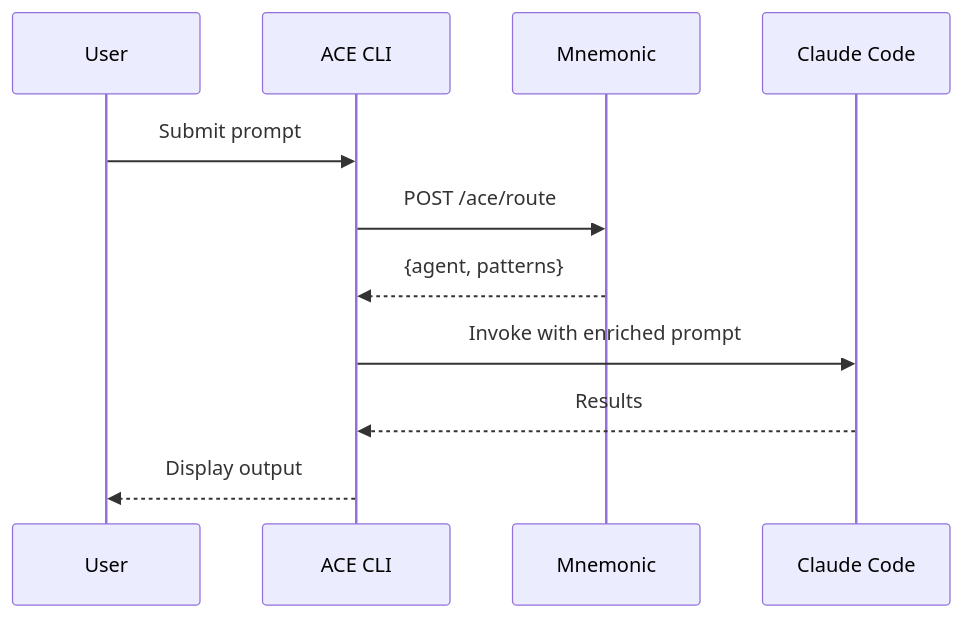
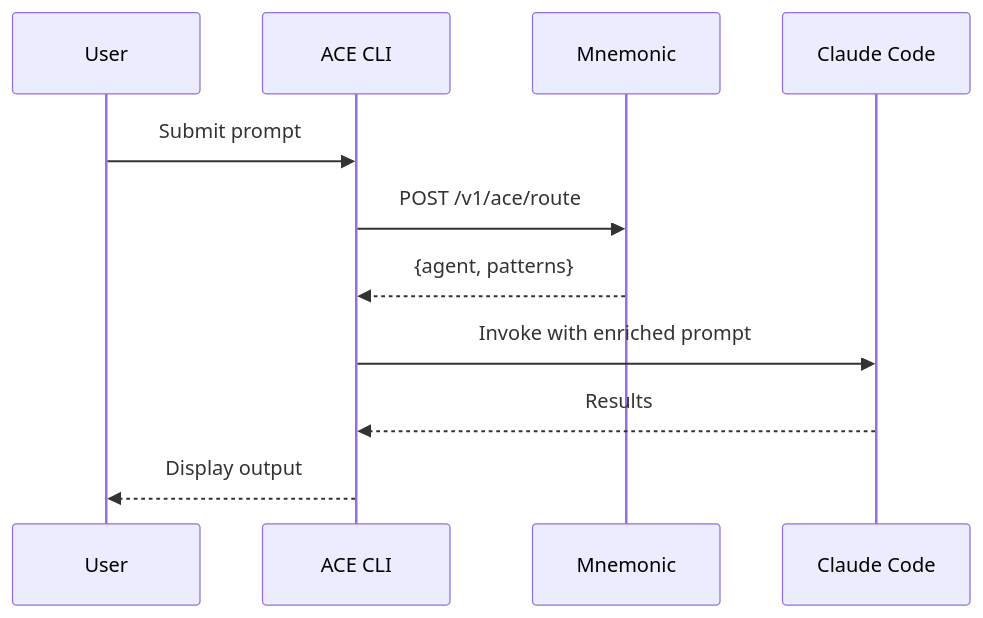
Before and after one commit to twistingmercury/mnemonic-mcp: the second of 2 diagrams in docs/architecture/project-structure.md, drawn with Mermaid. The commit also changed other lines of this file and 14 other files, not shown here.

Commit message:
docs reviewed for consistency. Need to spec out ACE cli

````diff
--- a/docs/architecture/project-structure.md
+++ b/docs/architecture/project-structure.md
@@ -110,14 +110,14 @@
 ```mermaid
 sequenceDiagram
     participant User
     participant CLI as ACE CLI
     participant MN as Mnemonic
     participant CC as Claude Code
 
     User->>CLI: Submit prompt
-    CLI->>MN: POST /ace/route
+    CLI->>MN: POST /v1/ace/route
     MN-->>CLI: {agent, patterns}
     CLI->>CC: Invoke with enriched prompt
     CC-->>CLI: Results
     CLI-->>User: Display output
 ```
````
